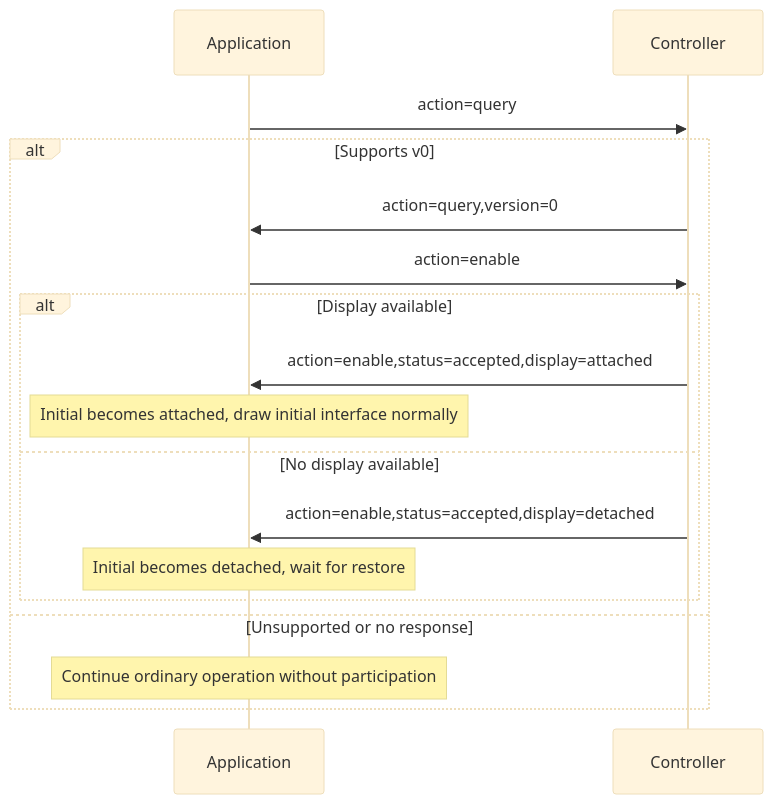
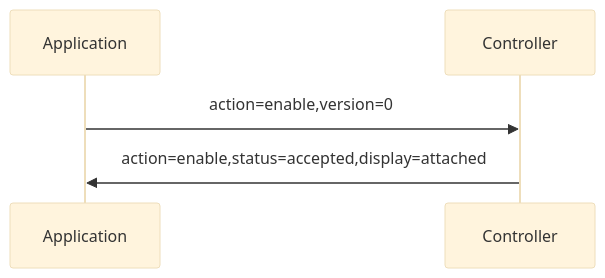
One commit to claes/kittyplex changed the third of 7 diagrams in docs/terminal-recovery-protocol-spec.md. Above: the diagram before and after it, drawn with Mermaid (base theme). The commit also changed other lines of this file and 2 other files, not shown here.

Commit message:
Simplify state diagram etc

````diff
--- a/docs/terminal-recovery-protocol-spec.md
+++ b/docs/terminal-recovery-protocol-spec.md
@@ -192,19 +191,7 @@
 ```mermaid
 sequenceDiagram
     participant A as Application
     participant C as Controller
-    A->>C: action=query
-    alt Supports v0
-        C->>A: action=query,version=0
-        A->>C: action=enable
-        alt Display available
-            C->>A: action=enable,status=accepted,display=attached
-            Note over A: Initial becomes attached, draw initial interface normally
-        else No display available
-            C->>A: action=enable,status=accepted,display=detached
-            Note over A: Initial becomes detached, wait for restore
-        end
-    else Unsupported or no response
-        Note over A: Continue ordinary operation without participation
-    end
+    A->>C: action=enable,version=0
+    C->>A: action=enable,status=accepted,display=attached
 ```
````
